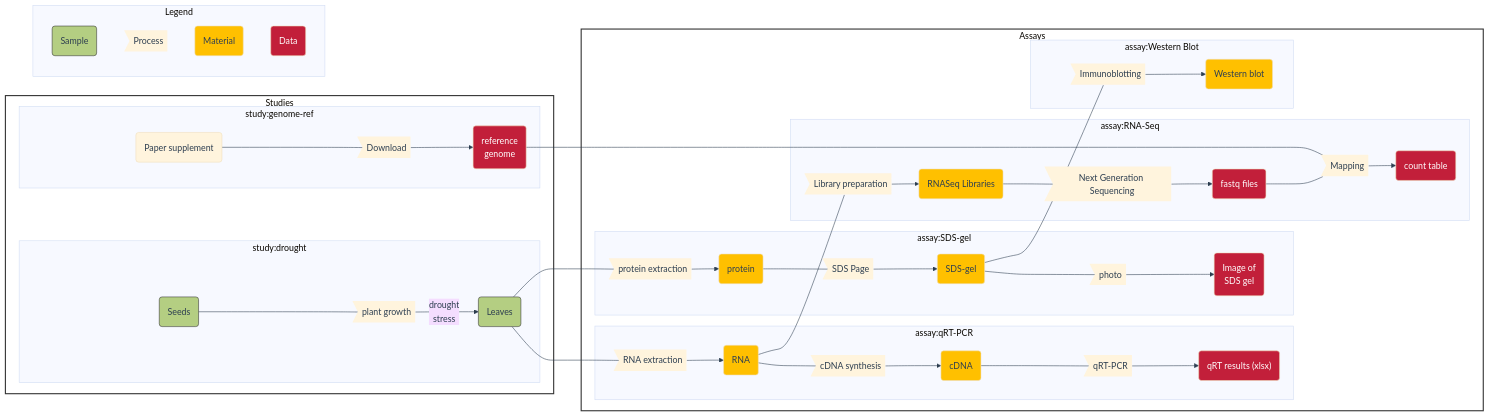
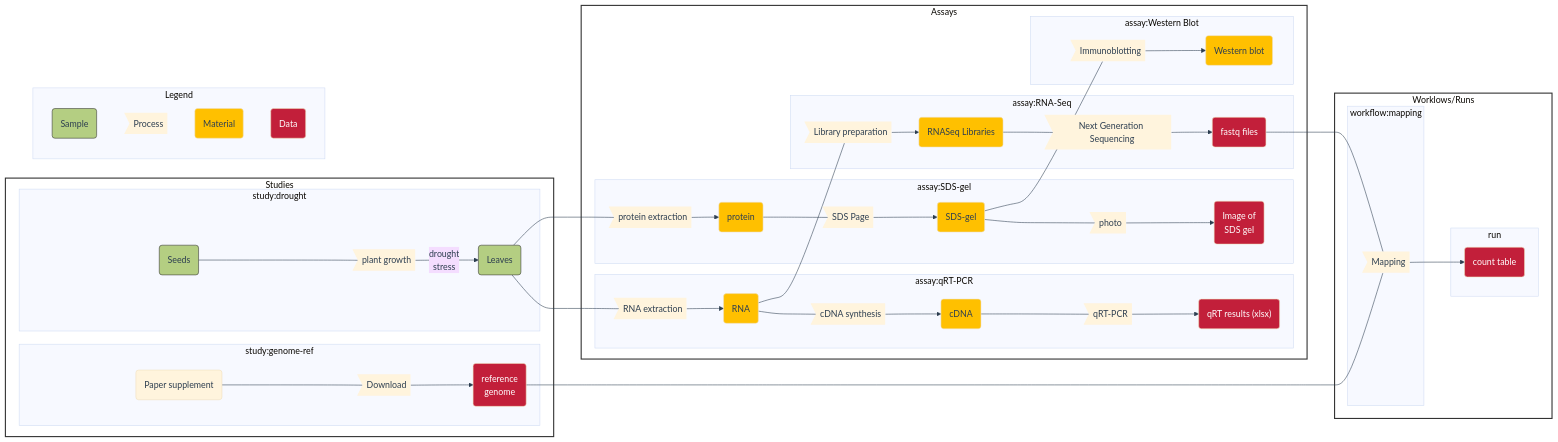
The fifth of 6 diagrams in src/docs/guides/ARC-practical-entry.md (nfdi4plants/nfdi4plants.knowledgebase), drawn with Mermaid before and after one commit. The commit also changed other lines of this file, not shown here.

Commit message:
add workflows

```diff
--- a/src/docs/guides/ARC-practical-entry.md
+++ b/src/docs/guides/ARC-practical-entry.md
@@ -415,13 +414,23 @@
   subgraph assay:RNA-Seq
     M1 ---P6--> M4
     M4 ---P7--> D2
-    D2 --- P11
-    D4 --- P11
-    P11 --> D5
+  end
+
+  subgraph assay:Western Blot
+    M5 ---P10--> M6
+  end
+
+end
+
+subgraph Worklows/Runs
+
+  subgraph workflow:mapping
+      D2 --- P11
+      D4 --- P11    
   end
   
-  subgraph assay:Western Blot
-    M5 ---P10--> M6
+  subgraph run
+    P11 --> D5
   end
 
 end
@@ -448,6 +457,7 @@
   class Px,P1,P2,P3,P4,P5,P6,P7,P8,P9,P10,P11,P12,P13 P;
 
 %% Box style
+style Worklows/Runs fill:#fff, stroke-width:2px, stroke:#333;
 style Studies fill:#fff, stroke-width:2px, stroke:#333;
 style Assays fill:#fff, stroke-width:2px, stroke:#333;
 
```
